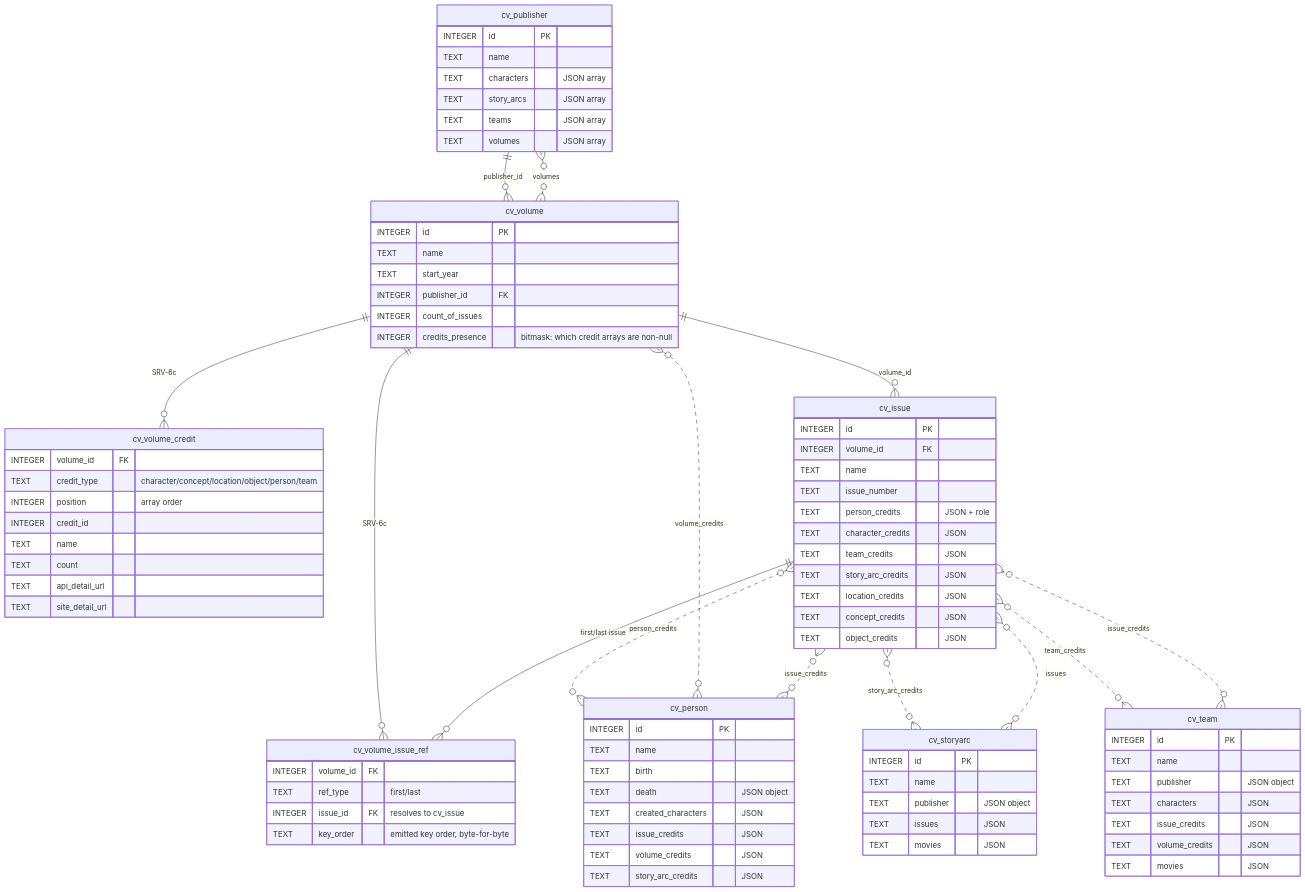
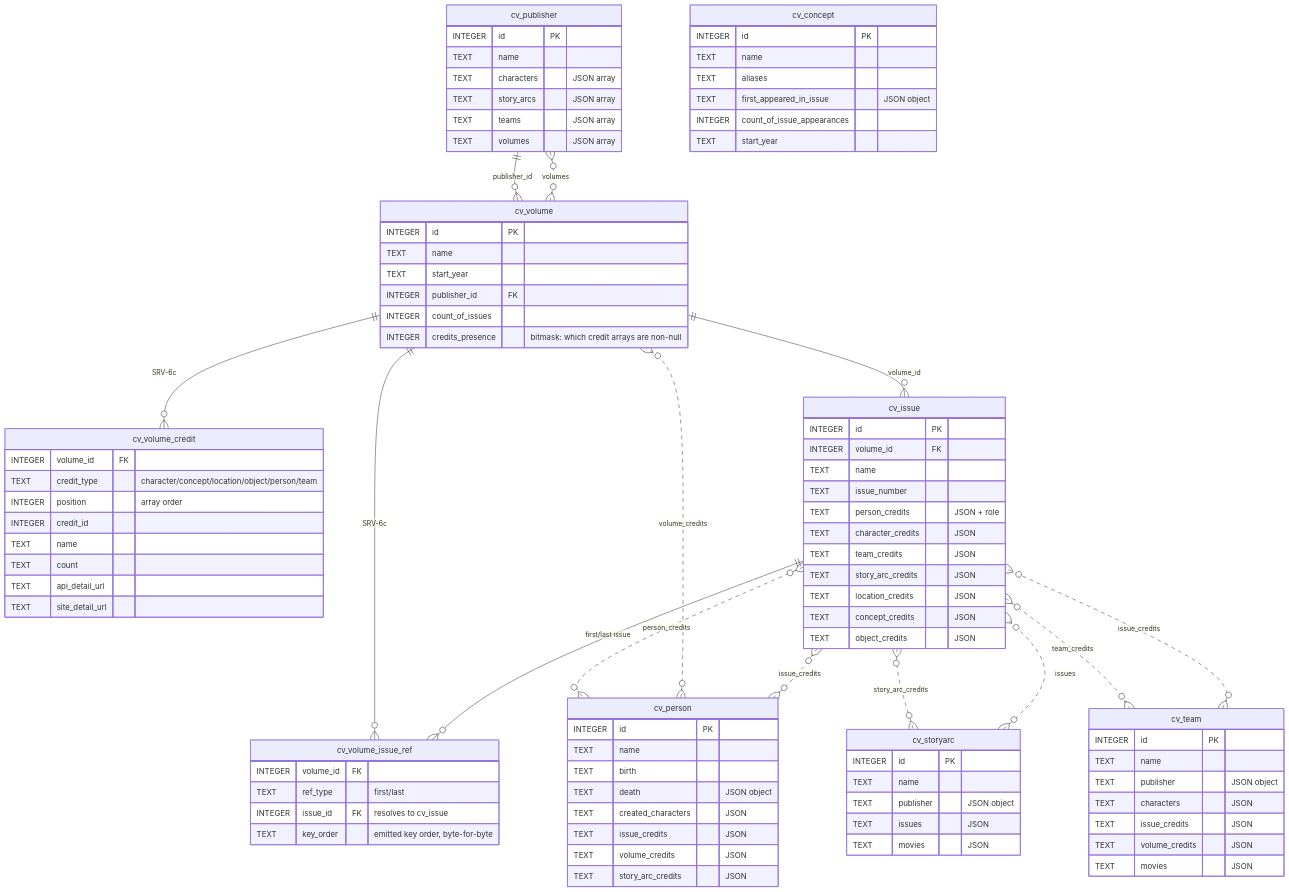
Before and after one commit to javabits-github/local-comicvine-api: the third of 3 diagrams in docs/architecture.md, drawn with Mermaid. The commit also changed other lines of this file and 6 other files, not shown here.

```diff
--- a/docs/architecture.md
+++ b/docs/architecture.md
@@ -175,6 +177,14 @@
         TEXT issues "JSON"
         TEXT movies "JSON"
     }
+    cv_concept {
+        INTEGER id PK
+        TEXT name
+        TEXT aliases
+        TEXT first_appeared_in_issue "JSON object"
+        INTEGER count_of_issue_appearances
+        TEXT start_year
+    }
 
     cv_volume ||--o{ cv_issue : volume_id
     cv_publisher ||--o{ cv_volume : publisher_id
```
